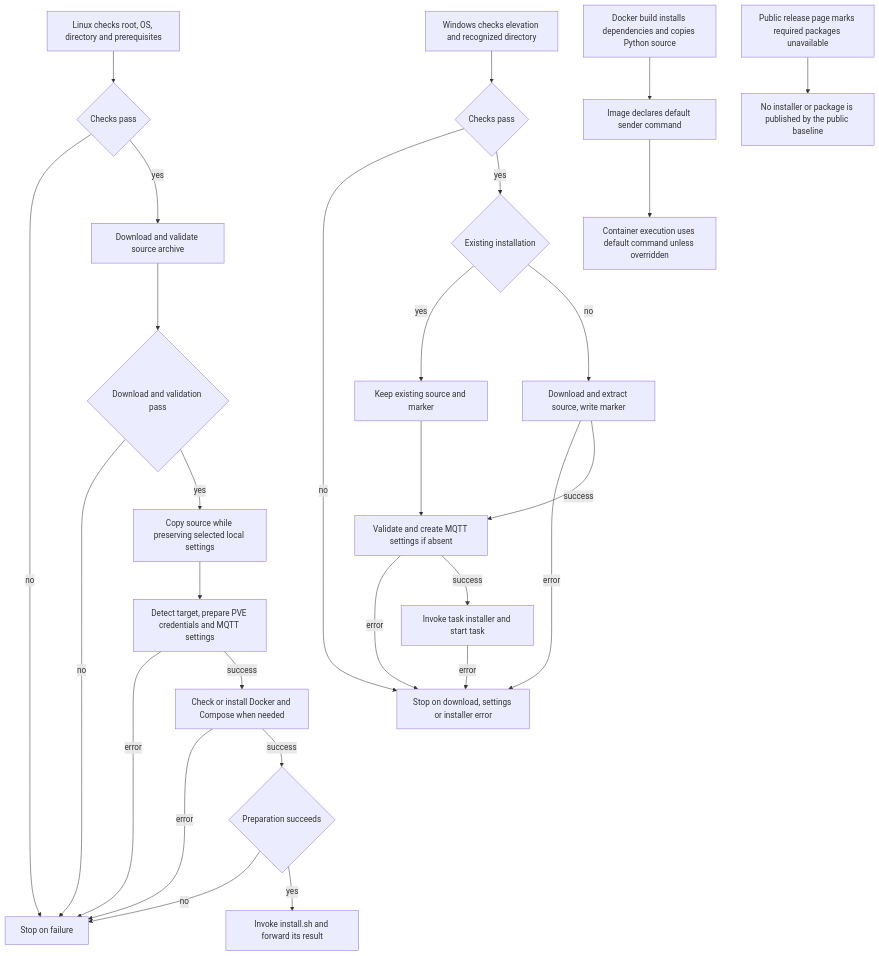
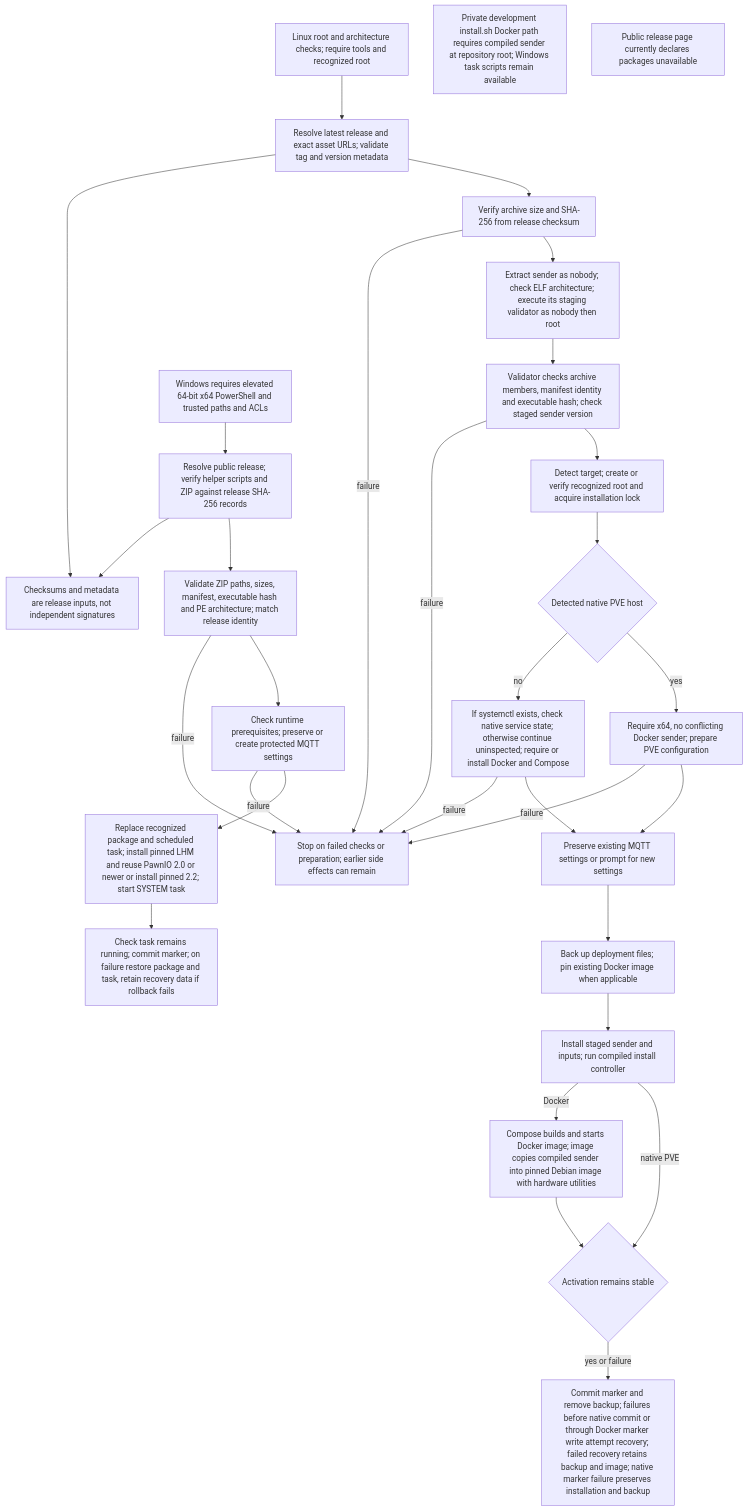
Before and after one commit to KarlSideProjects/hwmonitor-mqtt: the diagram in docs/flows/sender.distribution.mmd, drawn with Mermaid. The commit also changed 27 other files, not shown here.

Commit message:
feat: integrate protected sender build and installation lifecycle

```diff
--- a/docs/flows/sender.distribution.mmd
+++ b/docs/flows/sender.distribution.mmd
@@ -1,51 +1,55 @@
 flowchart TD
-    A["Linux checks root, OS, directory and prerequisites"]
-    B{"Checks pass"}
-    C["Stop on failure"]
-    D["Download and validate source archive"]
-    E{"Download and validation pass"}
-    F["Copy source while preserving selected local settings"]
-    G["Detect target, prepare PVE credentials and MQTT settings"]
-    H["Check or install Docker and Compose when needed"]
-    I{"Preparation succeeds"}
-    J["Invoke install.sh and forward its result"]
-    K["Windows checks elevation and recognized directory"]
-    L{"Checks pass"}
-    M{"Existing installation"}
-    N["Keep existing source and marker"]
-    O["Download and extract source, write marker"]
-    P["Validate and create MQTT settings if absent"]
-    Q["Invoke task installer and start task"]
-    R["Stop on download, settings or installer error"]
-    S["Docker build installs dependencies and copies Python source"]
-    T["Image declares default sender command"]
-    U["Container execution uses default command unless overridden"]
-    V["Public release page marks required packages unavailable"]
-    W["No installer or package is published by the public baseline"]
-    V --> W
+    A["Linux root and architecture checks; require tools and recognized root"]
+    B["Resolve latest release and exact asset URLs; validate tag and version metadata"]
+    C["Verify archive size and SHA-256 from release checksum"]
+    D["Extract sender as nobody; check ELF architecture; execute its staging validator as nobody then root"]
+    E["Validator checks archive members, manifest identity and executable hash; check staged sender version"]
+    F{"Detected native PVE host"}
+    G["Require x64, no conflicting Docker sender; prepare PVE configuration"]
+    H["If systemctl exists, check native service state; otherwise continue uninspected; require or install Docker and Compose"]
+    I["Preserve existing MQTT settings or prompt for new settings"]
+    J["Back up deployment files; pin existing Docker image when applicable"]
+    K["Install staged sender and inputs; run compiled install controller"]
+    L{"Activation remains stable"}
+    M["Commit marker and remove backup; failures before native commit or through Docker marker write attempt recovery; failed recovery retains backup and image; native marker failure preserves installation and backup"]
+    N["Windows requires elevated 64-bit x64 PowerShell and trusted paths and ACLs"]
+    O["Resolve public release; verify helper scripts and ZIP against release SHA-256 records"]
+    P["Validate ZIP paths, sizes, manifest, executable hash and PE architecture; match release identity"]
+    Q["Check runtime prerequisites; preserve or create protected MQTT settings"]
+    R["Replace recognized package and scheduled task; install pinned LHM and reuse PawnIO 2.0 or newer or install pinned 2.2; start SYSTEM task"]
+    S["Check task remains running; commit marker; on failure restore package and task, retain recovery data if rollback fails"]
+    T["Compose builds and starts Docker image; image copies compiled sender into pinned Debian image with hardware utilities"]
+    U["Private development install.sh Docker path requires compiled sender at repository root; Windows task scripts remain available"]
+    V["Public release page currently declares packages unavailable"]
+    W["Checksums and metadata are release inputs, not independent signatures"]
+    X["Stop on failed checks or preparation; earlier side effects can remain"]
+    Y["Detect target; create or verify recognized root and acquire installation lock"]
     A --> B
-    B -->|no| C
-    B -->|yes| D
+    B --> C
+    C --> D
     D --> E
-    E -->|no| C
-    E -->|yes| F
-    F --> G
-    G -->|error| C
-    G -->|success| H
-    H -->|error| C
-    H -->|success| I
-    I -->|no| C
-    I -->|yes| J
-    K --> L
-    L -->|no| R
-    L -->|yes| M
-    M -->|yes| N
-    M -->|no| O
-    O -->|error| R
-    O -->|success| P
-    N --> P
-    P -->|error| R
-    P -->|success| Q
-    Q -->|error| R
-    S --> T
-    T --> U
+    E --> Y
+    Y --> F
+    F -->|yes| G
+    G --> I
+    F -->|no| H
+    H --> I
+    I --> J
+    J --> K
+    K -->|native PVE| L
+    K -->|Docker| T
+    T --> L
+    L -->|yes or failure| M
+    N --> O
+    O --> P
+    P --> Q
+    Q --> R
+    R --> S
+    B --> W
+    O --> W
+    C -->|failure| X
+    E -->|failure| X
+    G -->|failure| X
+    H -->|failure| X
+    P -->|failure| X
+    Q -->|failure| X
```
